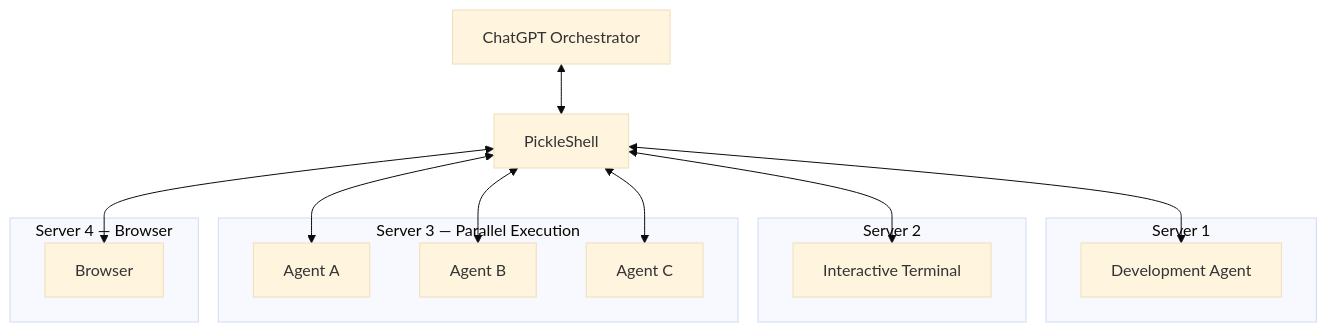
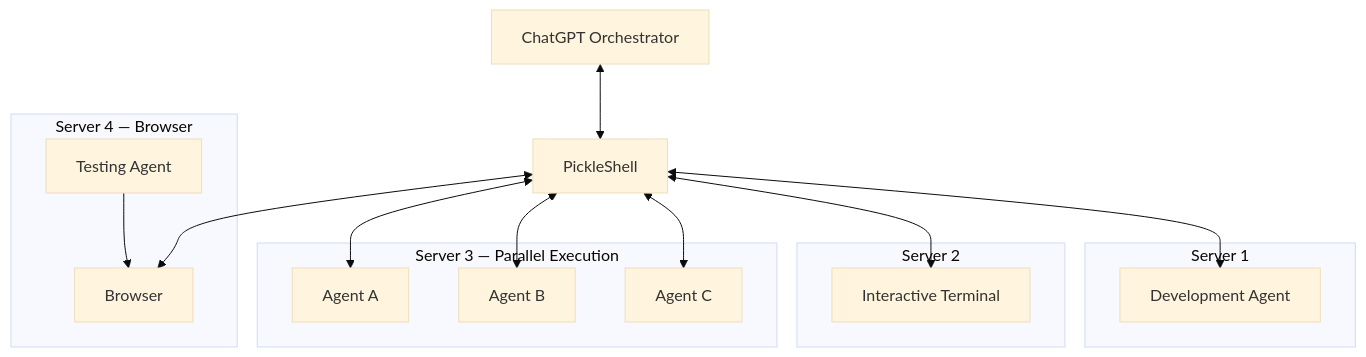
Before and after one commit to pickleshell/pickleshell: the second of 3 diagrams in README.md, drawn with Mermaid (base theme).

Commit message:
docs: retain browser testing agent

````diff
--- a/README.md
+++ b/README.md
@@ -171,32 +171,34 @@
 ```mermaid
 flowchart TB
     C["ChatGPT Orchestrator"]
     P["PickleShell"]
 
     C <--> P
 
     subgraph S1["Server 1"]
         A1["Development Agent"]
     end
 
     subgraph S2["Server 2"]
         T["Interactive Terminal"]
     end
 
     subgraph S3["Server 3 — Parallel Execution"]
         A2["Agent A"]
         A3["Agent B"]
         A4["Agent C"]
     end
 
     subgraph S4["Server 4 — Browser"]
+        A5["Testing Agent"]
         B["Browser"]
+        A5 --> B
     end
 
     P <--> A1
     P <--> T
     P <--> A2
     P <--> A3
     P <--> A4
     P <--> B
 ```
````
